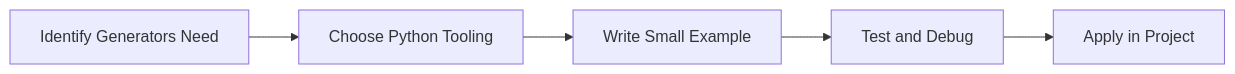
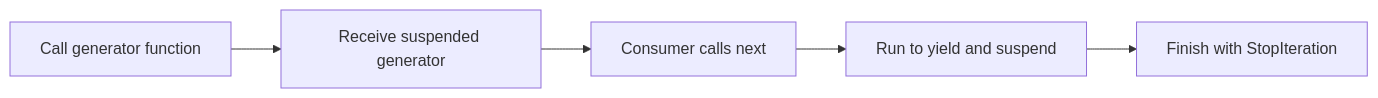
One commit to SYMOIZ/E-Learning-Portal changed the diagram in Python-Mastery/Intermediate/11-generators.md. Above: the diagram before and after it, drawn with Mermaid. The commit also changed other lines of this file and 116 other files, not shown here.

````diff
--- a/Python-Mastery/Intermediate/11-generators.md
+++ b/Python-Mastery/Intermediate/11-generators.md
@@ -135,7 +153,7 @@
 ```mermaid
 flowchart LR
-    A[Identify Generators Need] --> B[Choose Python Tooling]
-    B --> C[Write Small Example]
-    C --> D[Test and Debug]
-    D --> E[Apply in Project]
+    A[Call generator function] --> B[Receive suspended generator]
+    B --> C[Consumer calls next]
+    C --> D[Run to yield and suspend]
+    D --> E[Finish with StopIteration]
 ```
````
